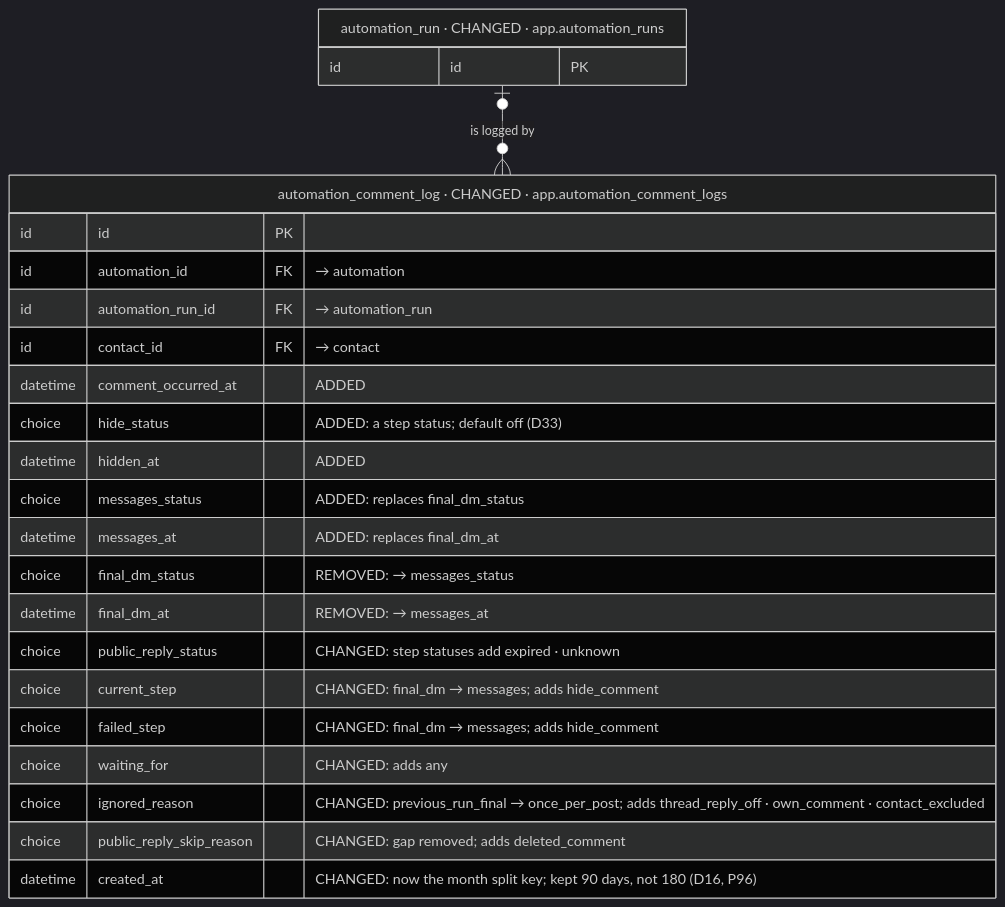
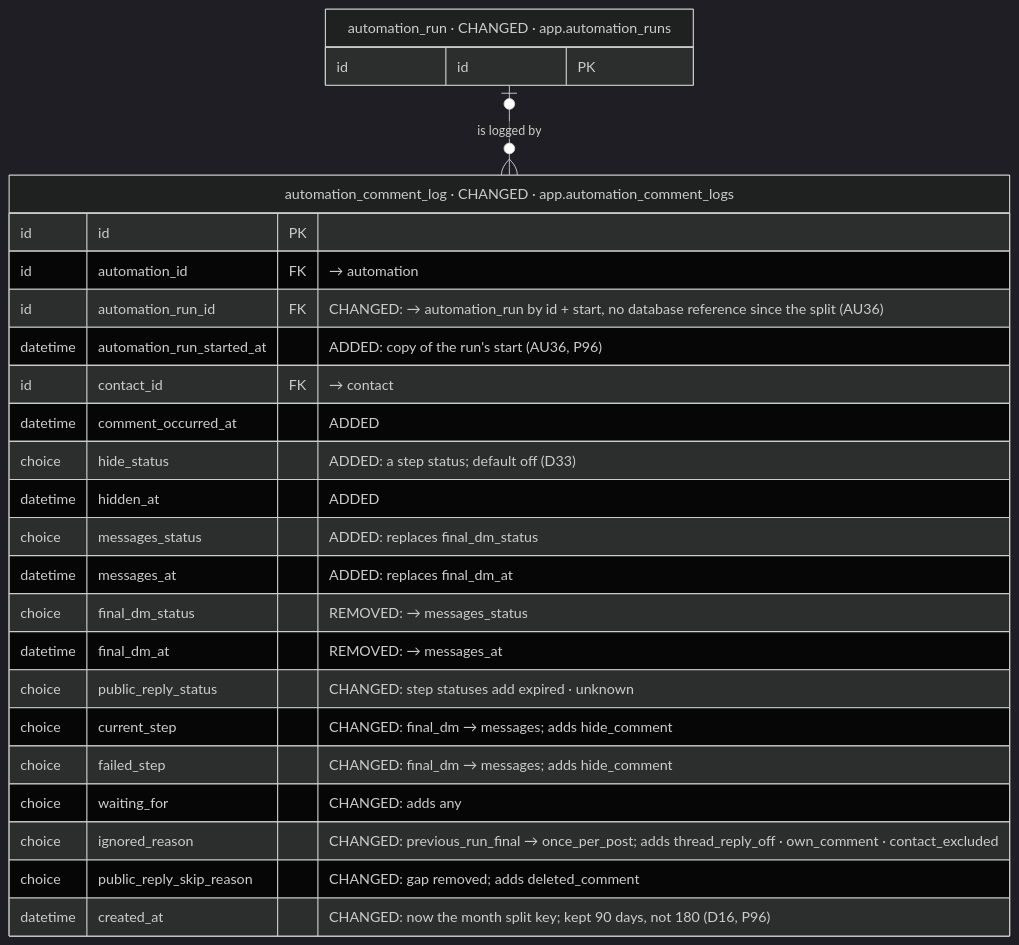
One commit to albetrios/meepzo-be changed diagram 18 of 40 in iterations/feat-instagram-dm-sending-2026-11-23-oxak/plans/db-changes.md. Above: the diagram before and after it, drawn with Mermaid (dark theme). The commit also changed other lines of this file and 5 other files, not shown here.

````diff
--- a/iterations/feat-instagram-dm-sending-2026-11-23-oxak/plans/db-changes.md
+++ b/iterations/feat-instagram-dm-sending-2026-11-23-oxak/plans/db-changes.md
@@ -1078,27 +1145,28 @@
 ```mermaid
 erDiagram
   automation_comment_log["automation_comment_log · CHANGED · app.automation_comment_logs"] {
     id id PK
     id automation_id FK "→ automation"
-    id automation_run_id FK "→ automation_run"
+    id automation_run_id FK "CHANGED: → automation_run by id + start, no database reference since the split (AU36)"
+    datetime automation_run_started_at "ADDED: copy of the run's start (AU36, P96)"
     id contact_id FK "→ contact"
     datetime comment_occurred_at "ADDED"
     choice hide_status "ADDED: a step status; default off (D33)"
     datetime hidden_at "ADDED"
     choice messages_status "ADDED: replaces final_dm_status"
     datetime messages_at "ADDED: replaces final_dm_at"
     choice final_dm_status "REMOVED: → messages_status"
     datetime final_dm_at "REMOVED: → messages_at"
     choice public_reply_status "CHANGED: step statuses add expired · unknown"
     choice current_step "CHANGED: final_dm → messages; adds hide_comment"
     choice failed_step "CHANGED: final_dm → messages; adds hide_comment"
     choice waiting_for "CHANGED: adds any"
     choice ignored_reason "CHANGED: previous_run_final → once_per_post; adds thread_reply_off · own_comment · contact_excluded"
     choice public_reply_skip_reason "CHANGED: gap removed; adds deleted_comment"
     datetime created_at "CHANGED: now the month split key; kept 90 days, not 180 (D16, P96)"
   }
   automation_run["automation_run · CHANGED · app.automation_runs"] {
     id id PK
   }
   automation_run |o--o{ automation_comment_log : "is logged by"
 ```
````
